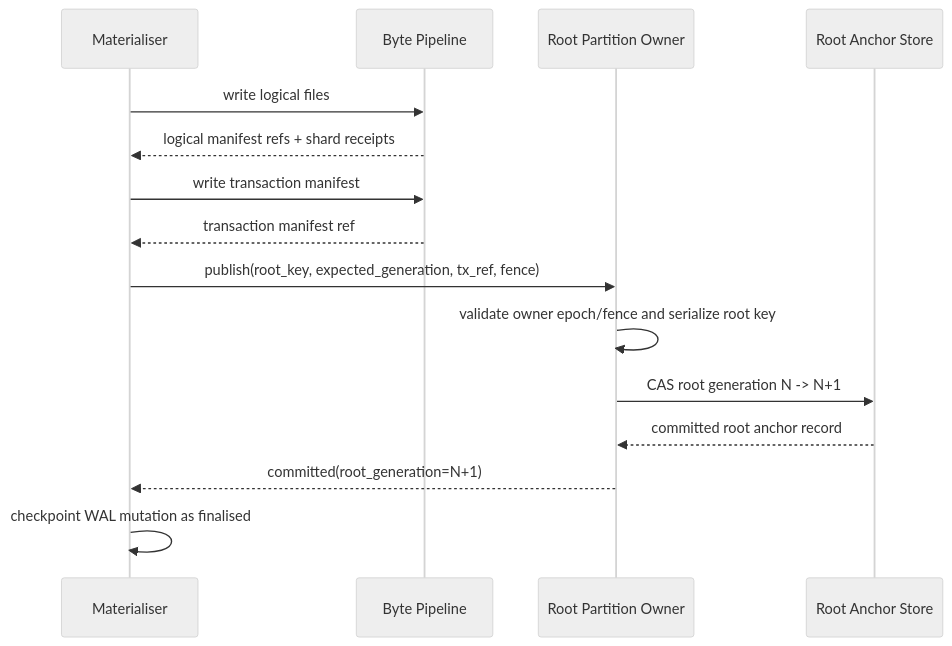
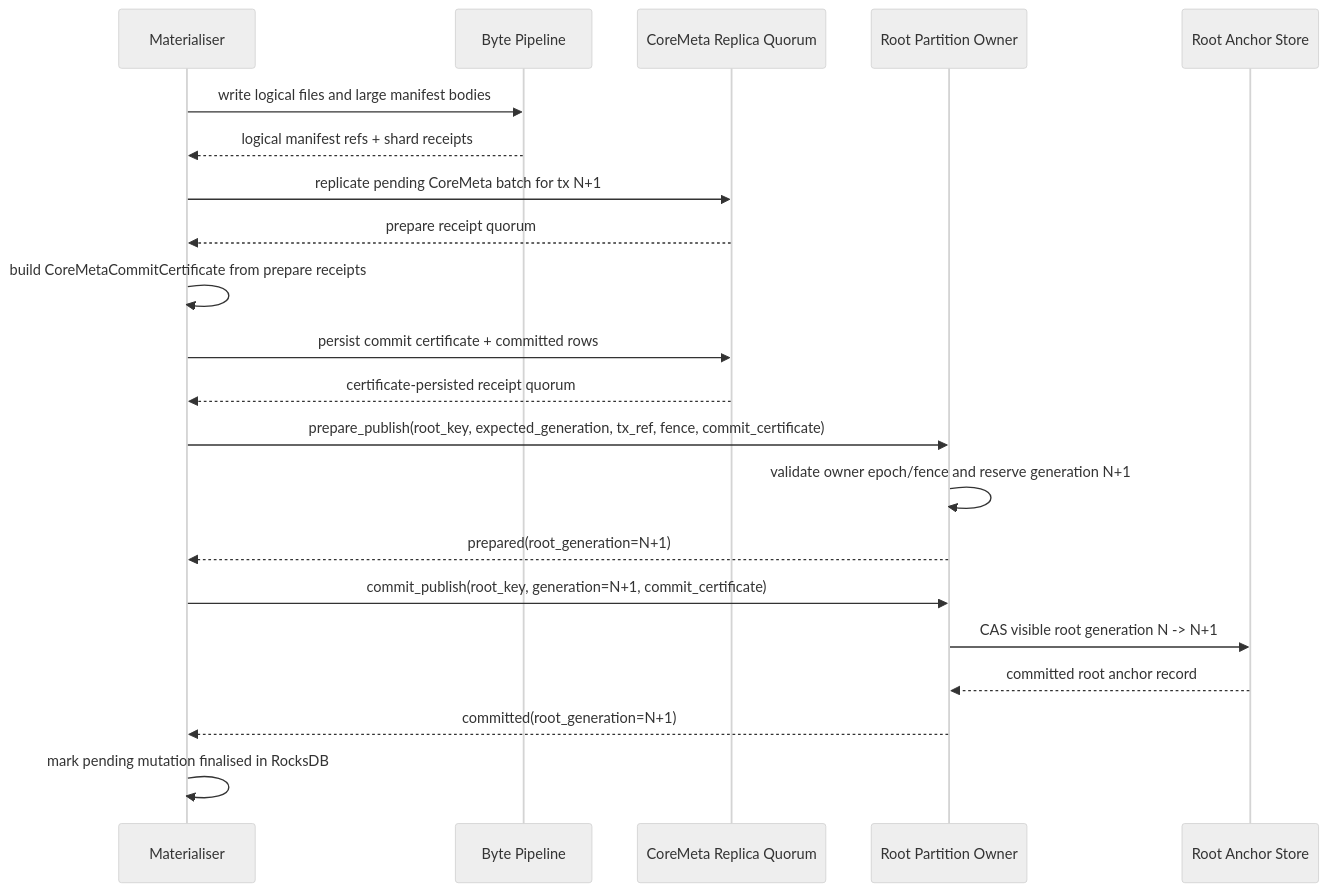
One commit to worka-ai/anvil changed the second of 5 diagrams in docs/rfcs/anvil_0007_corestore_unified_storage_manifest.md. Above: the diagram before and after it, drawn with Mermaid (neutral theme). The commit also changed other lines of this file, not shown here.

Commit message:
Update CoreStore RFC for RocksDB metadata plane

````diff
--- a/docs/rfcs/anvil_0007_corestore_unified_storage_manifest.md
+++ b/docs/rfcs/anvil_0007_corestore_unified_storage_manifest.md
@@ -1252,18 +1510,24 @@
 ```mermaid
 sequenceDiagram
     participant Q as Materialiser
     participant B as Byte Pipeline
+    participant M as CoreMeta Replica Quorum
     participant R as Root Partition Owner
     participant A as Root Anchor Store
 
-    Q->>B: write logical files
+    Q->>B: write logical files and large manifest bodies
     B-->>Q: logical manifest refs + shard receipts
-    Q->>B: write transaction manifest
-    B-->>Q: transaction manifest ref
-    Q->>R: publish(root_key, expected_generation, tx_ref, fence)
-    R->>R: validate owner epoch/fence and serialize root key
-    R->>A: CAS root generation N -> N+1
+    Q->>M: replicate pending CoreMeta batch for tx N+1
+    M-->>Q: prepare receipt quorum
+    Q->>Q: build CoreMetaCommitCertificate from prepare receipts
+    Q->>M: persist commit certificate + committed rows
+    M-->>Q: certificate-persisted receipt quorum
+    Q->>R: prepare_publish(root_key, expected_generation, tx_ref, fence, commit_certificate)
+    R->>R: validate owner epoch/fence and reserve generation N+1
+    R-->>Q: prepared(root_generation=N+1)
+    Q->>R: commit_publish(root_key, generation=N+1, commit_certificate)
+    R->>A: CAS visible root generation N -> N+1
     A-->>R: committed root anchor record
     R-->>Q: committed(root_generation=N+1)
-    Q->>Q: checkpoint WAL mutation as finalised
+    Q->>Q: mark pending mutation finalised in RocksDB
 ```
````
